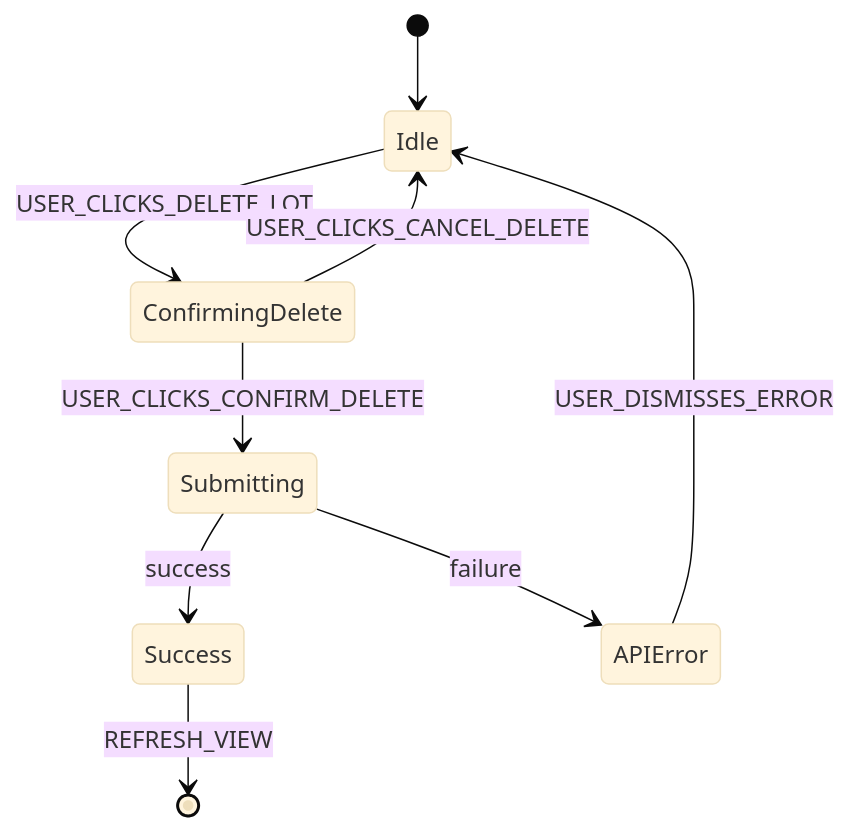
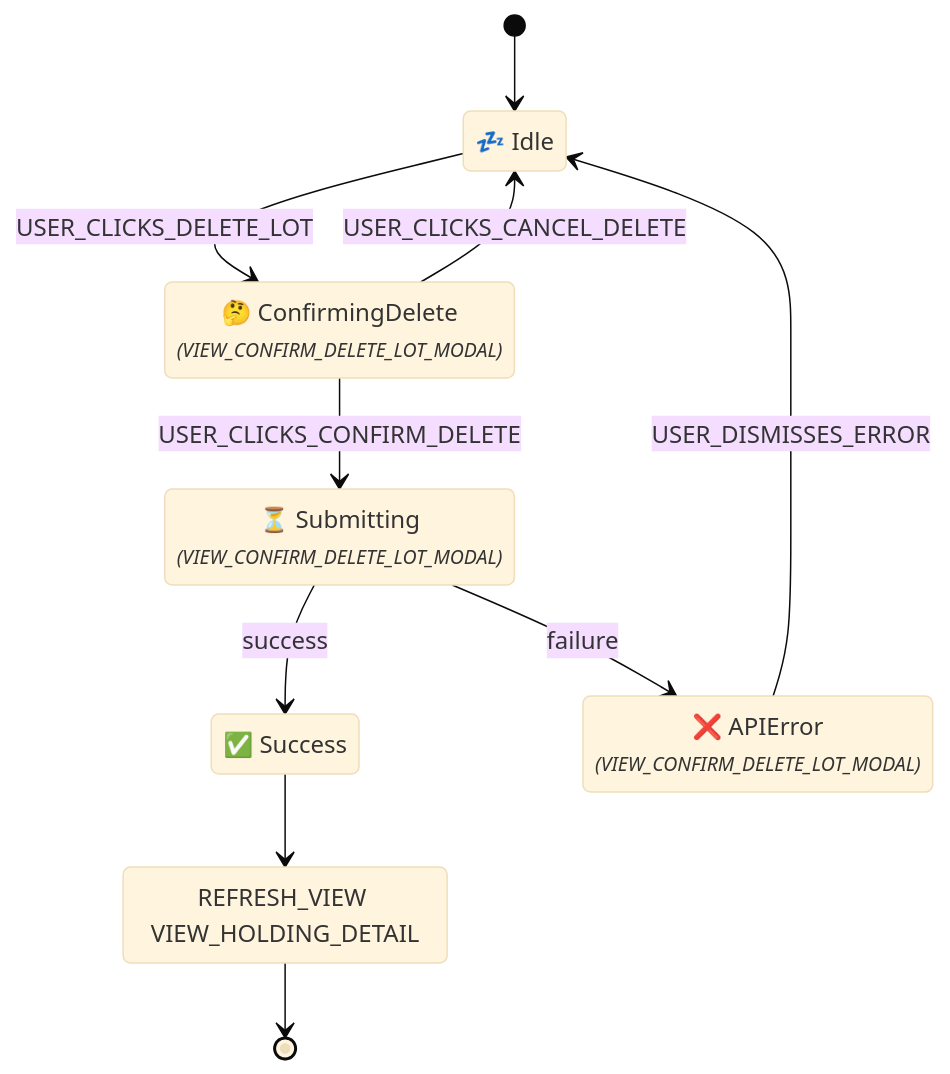
One commit to enzhao/Sentinel changed diagram 32 of 60 in product_spec.md. Above: the diagram before and after it, drawn with Mermaid (base theme). The commit also changed other lines of this file and 3 other files, not shown here.

First line of the commit message:
docs(spec): refine and clarify UI flow specifications

````diff
--- a/product_spec.md
+++ b/product_spec.md
@@ -1609,11 +1774,19 @@
 ```mermaid
 stateDiagram-v2
+    %% Flow ID: FLOW_DELETE_LOT_MANUAL
     [*] --> Idle
+    state "💤 Idle" as Idle
     Idle --> ConfirmingDelete : USER_CLICKS_DELETE_LOT
+    state "🤔 ConfirmingDelete<br/><font size="2"><i>(VIEW_CONFIRM_DELETE_LOT_MODAL)</i></font>" as ConfirmingDelete
+    ConfirmingDelete --> Submitting : USER_CLICKS_CONFIRM_DELETE
     ConfirmingDelete --> Idle : USER_CLICKS_CANCEL_DELETE
-    ConfirmingDelete --> Submitting : USER_CLICKS_CONFIRM_DELETE
+    state "⏳ Submitting<br/><font size="2"><i>(VIEW_CONFIRM_DELETE_LOT_MODAL)</i></font>" as Submitting
     Submitting --> Success : success
     Submitting --> APIError : failure
+    state "✅ Success" as Success
+    state "REFRESH_VIEW VIEW_HOLDING_DETAIL" as Success_exit_action
+    Success --> Success_exit_action
+    Success_exit_action --> [*]
+    state "❌ APIError<br/><font size="2"><i>(VIEW_CONFIRM_DELETE_LOT_MODAL)</i></font>" as APIError
     APIError --> Idle : USER_DISMISSES_ERROR
-    Success --> [*] : REFRESH_VIEW
 ```
````
